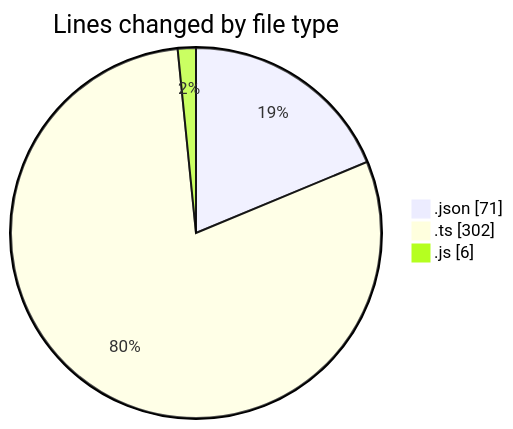
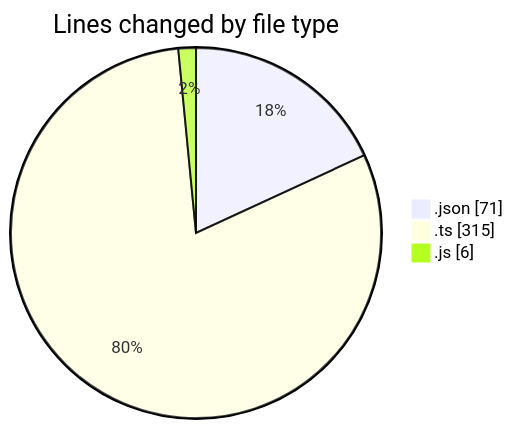
The first of 2 diagrams in 2025-02-06/cda/README.md (momahboobian/code-tracking), drawn with Mermaid before and after one commit. The commit also changed other lines of this file and 1 other file, not shown here.

````diff
--- a/2025-02-06/cda/README.md
+++ b/2025-02-06/cda/README.md
@@ -25,7 +25,7 @@
 ```mermaid
 pie showData
 title Lines changed by file type
 ".json" : 71
-".ts" : 302
+".ts" : 315
 ".js" : 6
 ```
````
